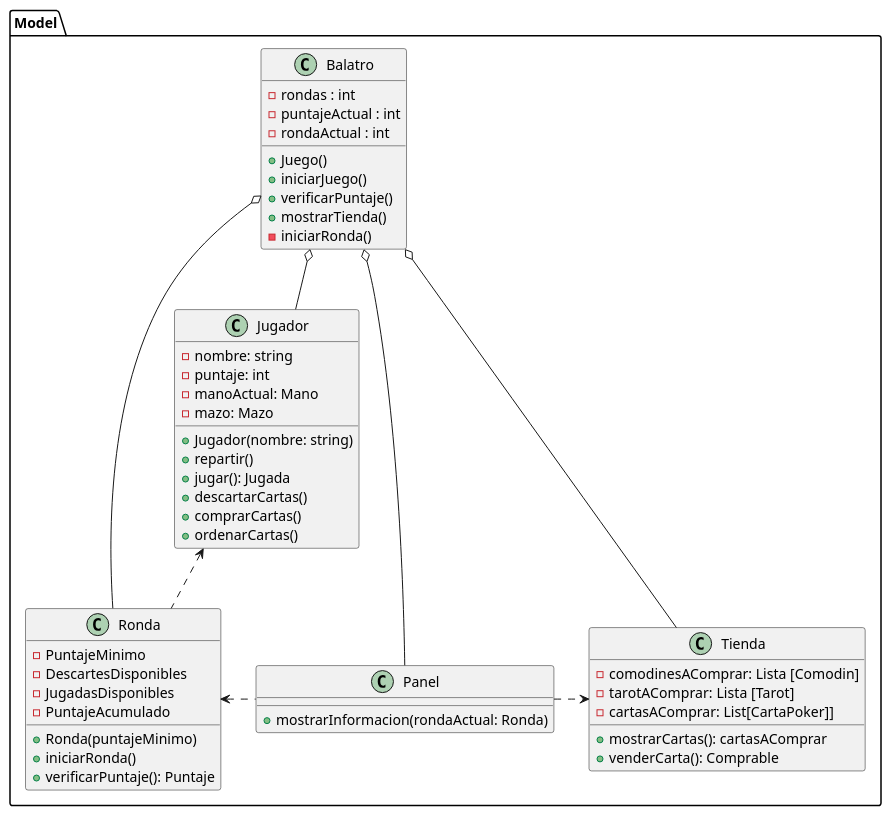
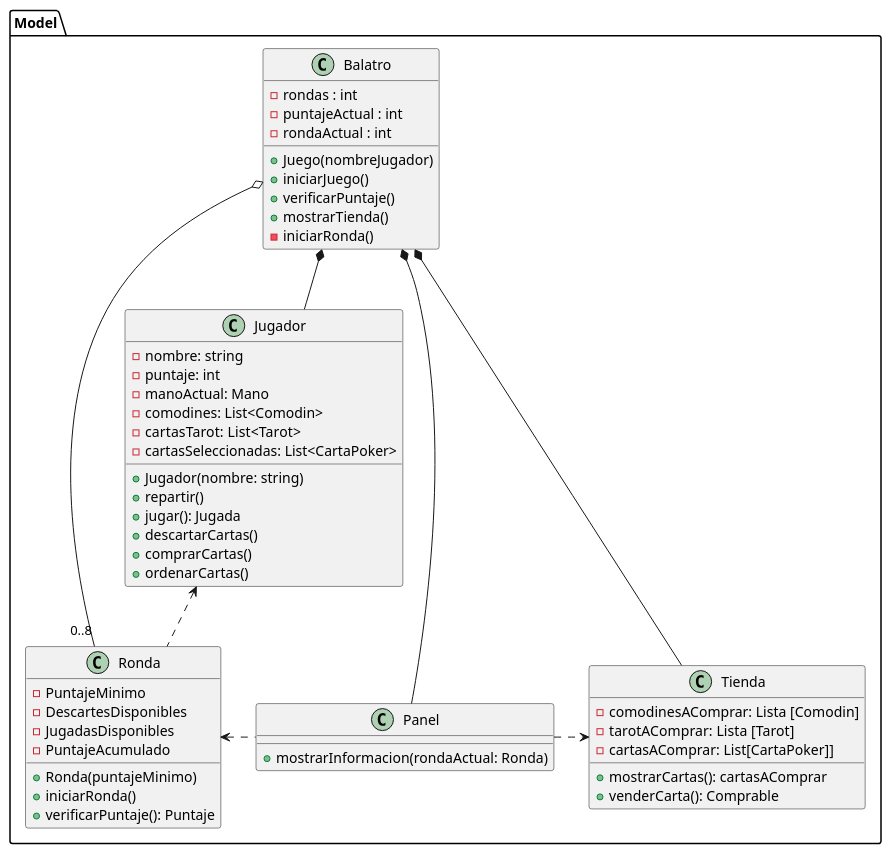
The diagram in diagrams/classes/clasesBalatro1.plantuml (carruizdiaz1109/UBAlatro), drawn with PlantUML before and after one commit. The commit also changed 7 other files, not shown here.

Commit message:
Mob Programming. Diagramas de secuencia: test02, test03, test04 pertenecientes a la entrega1

```diff
--- a/diagrams/classes/clasesBalatro1.plantuml
+++ b/diagrams/classes/clasesBalatro1.plantuml
@@ -1,59 +1,61 @@
 @startuml
 
 package Model {
 
 class Balatro {
     - rondas : int
     - puntajeActual : int
     - rondaActual : int
-    + Juego()
+    + Juego(nombreJugador)
     + iniciarJuego()
     + verificarPuntaje()
     + mostrarTienda()
     - iniciarRonda()
 }
 
 class Jugador {
     - nombre: string
     - puntaje: int
     - manoActual: Mano
-    - mazo: Mazo
+    - comodines: List<Comodin>
+    - cartasTarot: List<Tarot>
+    - cartasSeleccionadas: List<CartaPoker>
     + Jugador(nombre: string)
     + repartir()
     + jugar(): Jugada
     + descartarCartas()
     + comprarCartas()
     + ordenarCartas()
 }
 
 class Tienda {
     - comodinesAComprar: Lista [Comodin]
     - tarotAComprar: Lista [Tarot]
     - cartasAComprar: List[CartaPoker]]
     + mostrarCartas(): cartasAComprar
     + venderCarta(): Comprable
 }
 
 class Ronda {
     - PuntajeMinimo
     - DescartesDisponibles
     - JugadasDisponibles
     - PuntajeAcumulado
     + Ronda(puntajeMinimo)
     + iniciarRonda()
     + verificarPuntaje(): Puntaje
 }
 
 class Panel {
     + mostrarInformacion(rondaActual: Ronda)
 }
 
-Balatro o-- Jugador
-Balatro o-- Tienda
-Balatro o-- Ronda
-Balatro o-- Panel
+Balatro *-- Jugador
+Balatro *-- Tienda
+Balatro o-- "0..8" Ronda
+Balatro *-- Panel
 Ronda .up.> Jugador
 Panel .left.> Ronda
 Panel .right.> Tienda
 }
 @enduml
```
